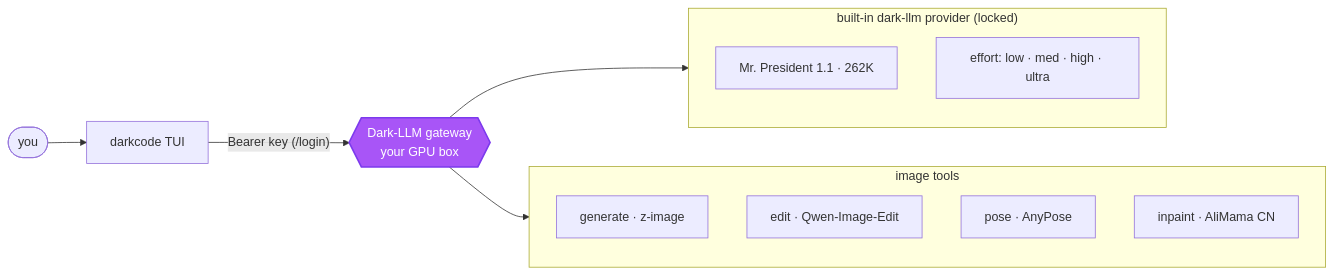
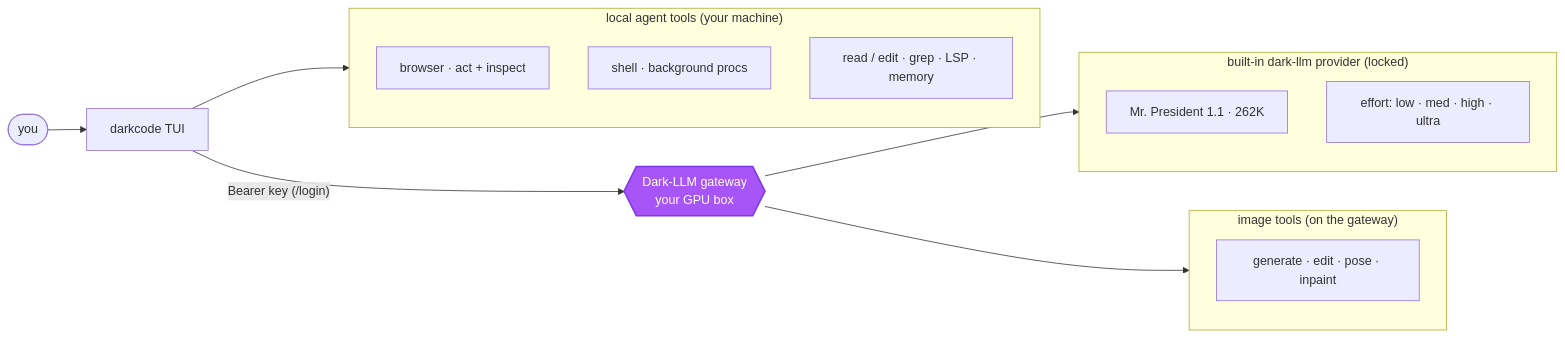
One commit to dark-crop/darkcode-cli changed the diagram in README.md. Above: the diagram before and after it, drawn with Mermaid. The commit also changed other lines of this file, not shown here.

First line of the commit message:
docs(readme): refresh for the full toolbelt (browser, shell, LSP)

````diff
--- a/README.md
+++ b/README.md
@@ -59,23 +62,27 @@
 ```mermaid
 flowchart LR
     U(["you"]) --> DC["darkcode TUI"]
     DC -->|"Bearer key (/login)"| G{{"Dark-LLM gateway<br/>your GPU box"}}
 
     subgraph lanes["built-in dark-llm provider (locked)"]
         direction TB
         MP["Mr. President 1.1 · 262K"]
         EF["effort: low · med · high · ultra"]
     end
-    subgraph img["image tools"]
+    subgraph img["image tools (on the gateway)"]
         direction TB
-        GEN["generate · z-image"]
-        EDT["edit · Qwen-Image-Edit"]
-        POSE["pose · AnyPose"]
-        INP["inpaint · AliMama CN"]
+        GEN["generate · edit · pose · inpaint"]
+    end
+    subgraph tools["local agent tools (your machine)"]
+        direction TB
+        BR["browser · act + inspect"]
+        SH["shell · background procs"]
+        CODE["read / edit · grep · LSP · memory"]
     end
     G --> lanes
     G --> img
+    DC --> tools
 
     classDef hub fill:#a855f7,stroke:#7c3aed,stroke-width:2px,color:#fff
     class G hub
 ```
````
